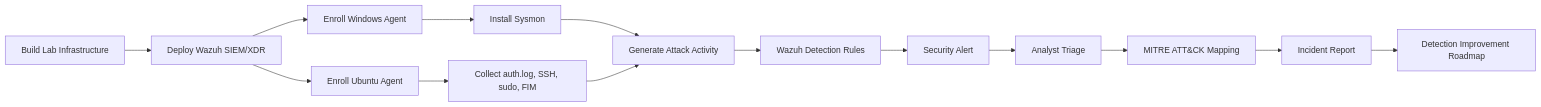
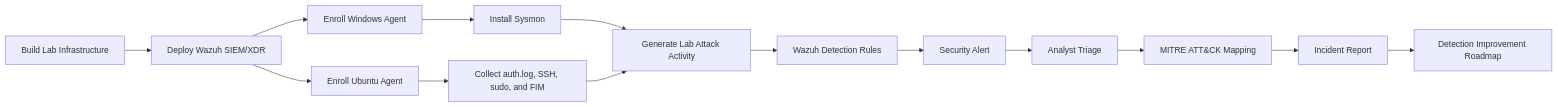
One commit to Jazz00001/enterprise-soc-lab-wazuh-mitre-detection changed the first of 7 diagrams in README.md. Above: the diagram before and after it, drawn with Mermaid. The commit also changed other lines of this file, not shown here.

````diff
--- a/README.md
+++ b/README.md
@@ -99,16 +108,16 @@
 ```mermaid
 flowchart LR
     A[Build Lab Infrastructure] --> B[Deploy Wazuh SIEM/XDR]
     B --> C[Enroll Windows Agent]
     B --> D[Enroll Ubuntu Agent]
     C --> E[Install Sysmon]
-    D --> F[Collect auth.log, SSH, sudo, FIM]
-    E --> G[Generate Attack Activity]
+    D --> F[Collect auth.log, SSH, sudo, and FIM]
+    E --> G[Generate Lab Attack Activity]
     F --> G
     G --> H[Wazuh Detection Rules]
     H --> I[Security Alert]
     I --> J[Analyst Triage]
     J --> K[MITRE ATT&CK Mapping]
     K --> L[Incident Report]
     L --> M[Detection Improvement Roadmap]
 ```
````
